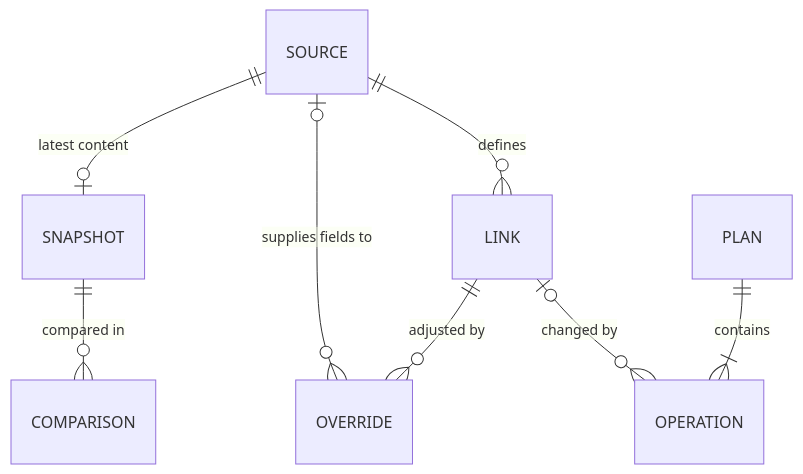
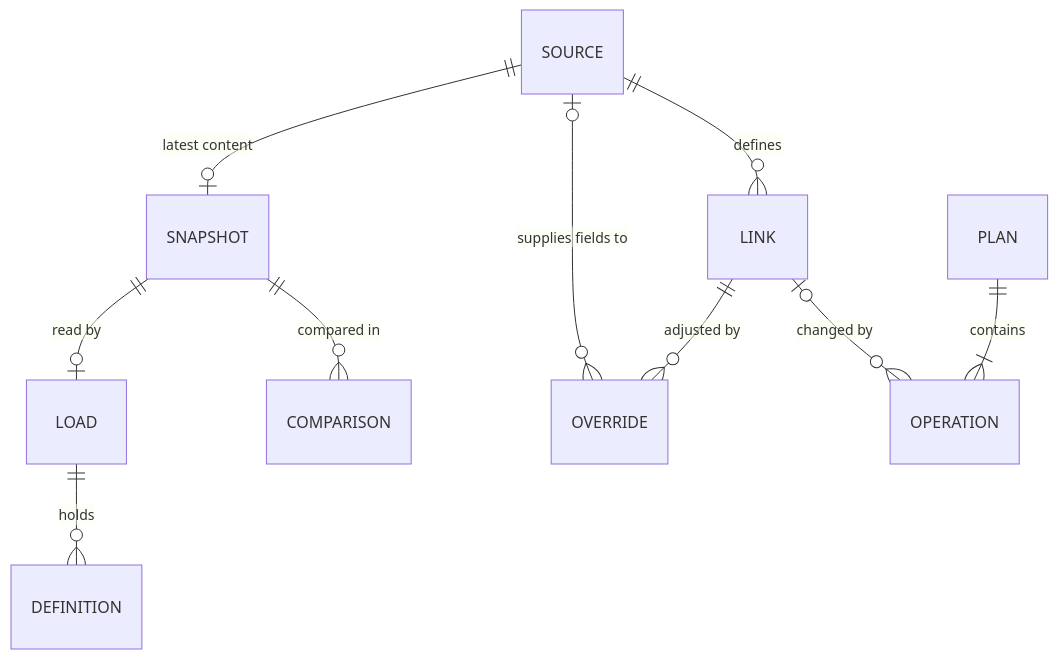
The fifth of 10 diagrams in docs/architecture.md (zeddD1abl0/netbox-trueup-ai), drawn with Mermaid before and after one commit. The commit also changed other lines of this file and 52 other files, not shown here.

````diff
--- a/docs/architecture.md
+++ b/docs/architecture.md
@@ -320,10 +330,12 @@
 ```mermaid
 erDiagram
     SOURCE ||--o| SNAPSHOT : "latest content"
+    SNAPSHOT ||--o| LOAD : "read by"
+    LOAD ||--o{ DEFINITION : "holds"
     SNAPSHOT ||--o{ COMPARISON : "compared in"
     SOURCE ||--o{ LINK : "defines"
     LINK ||--o{ OVERRIDE : "adjusted by"
     SOURCE |o--o{ OVERRIDE : "supplies fields to"
     PLAN ||--|{ OPERATION : "contains"
     LINK |o--o{ OPERATION : "changed by"
 ```
````
